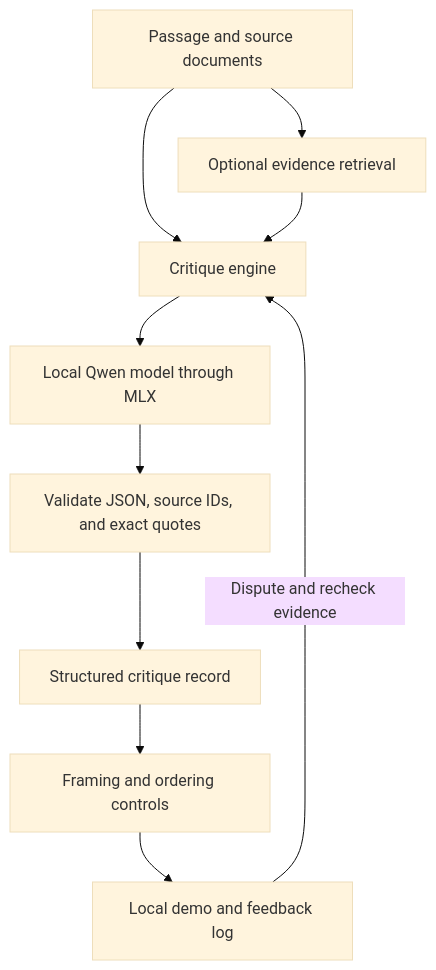
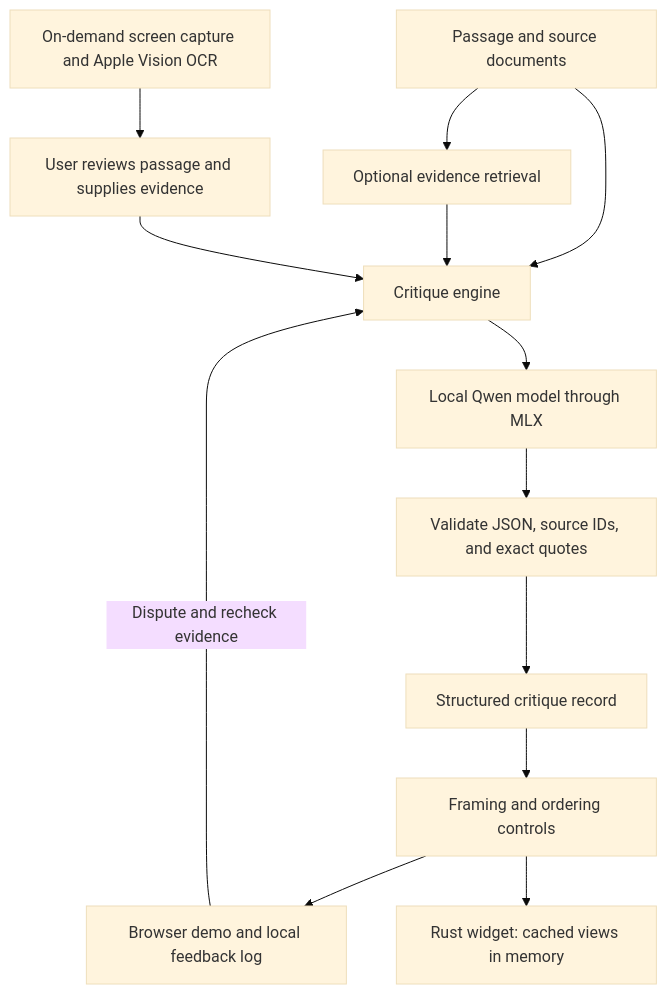
One commit to YashVG/writing-FTM changed the diagram in README.md. Above: the diagram before and after it, drawn with Mermaid (base theme). The commit also changed other lines of this file and 20 other files, not shown here.

````diff
--- a/README.md
+++ b/README.md
@@ -23,12 +27,15 @@
 ```mermaid
 flowchart TD
     A[Passage and source documents] --> B[Optional evidence retrieval]
     A --> C[Critique engine]
     B --> C
     C --> D[Local Qwen model through MLX]
     D --> E[Validate JSON, source IDs, and exact quotes]
     E --> F[Structured critique record]
     F --> G[Framing and ordering controls]
-    G --> H[Local demo and feedback log]
+    G --> H[Browser demo and local feedback log]
+    G --> I[Rust widget: cached views in memory]
+    J[On-demand screen capture and Apple Vision OCR] --> K[User reviews passage and supplies evidence]
+    K --> C
     H -->|Dispute and recheck evidence| C
 ```
````
